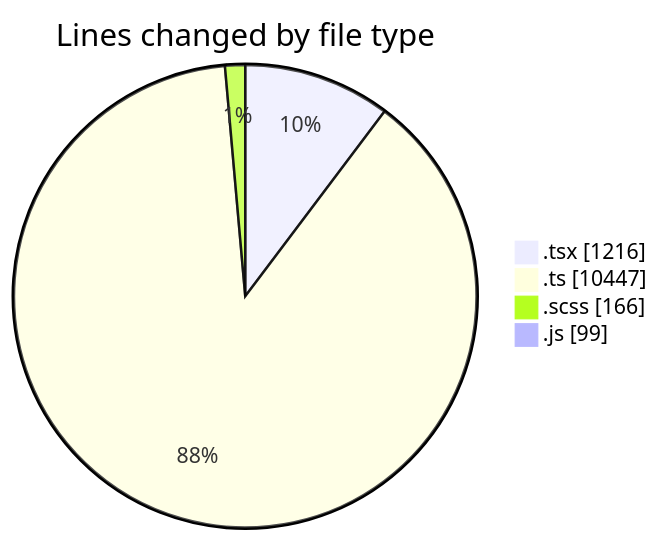
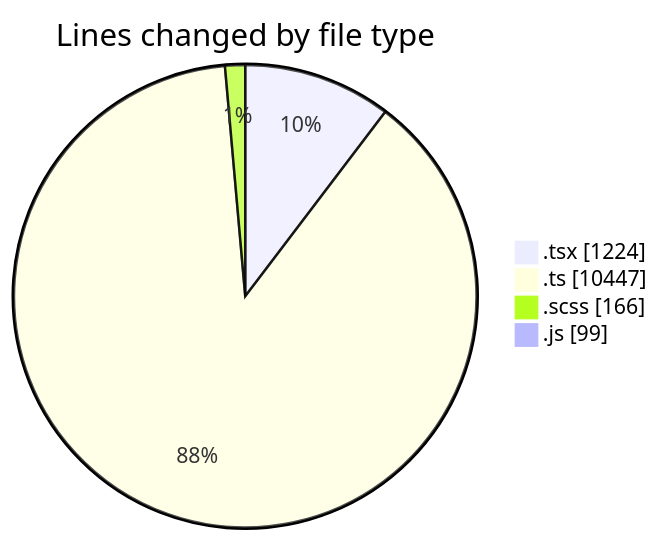
One commit to momahboobian/code-tracking changed the first of 2 diagrams in 2025-03-26/cda/README.md. Above: the diagram before and after it, drawn with Mermaid. The commit also changed other lines of this file and 1 other file, not shown here.

````diff
--- a/2025-03-26/cda/README.md
+++ b/2025-03-26/cda/README.md
@@ -42,8 +42,8 @@
 ```mermaid
 pie showData
 title Lines changed by file type
-".tsx" : 1216
+".tsx" : 1224
 ".ts" : 10447
 ".scss" : 166
 ".js" : 99
 ```
````
